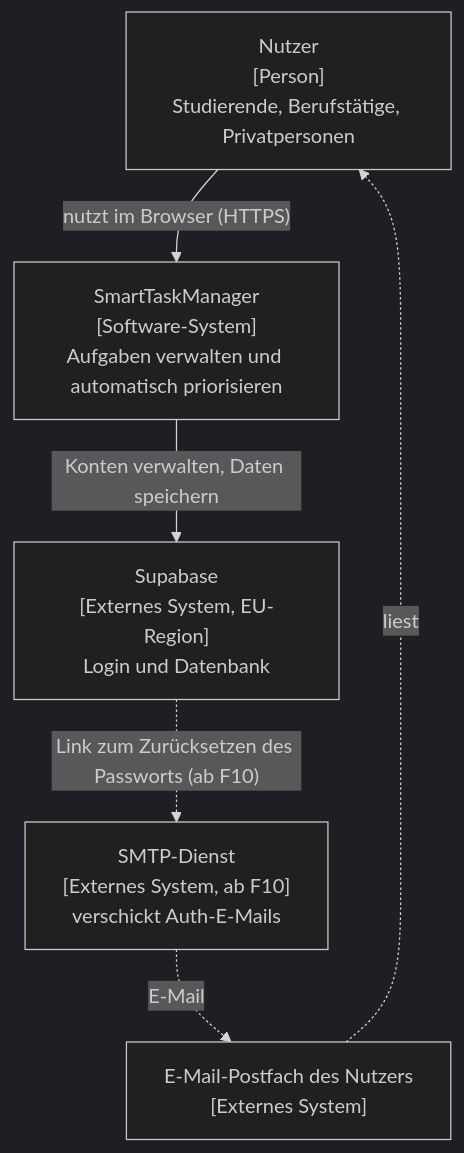
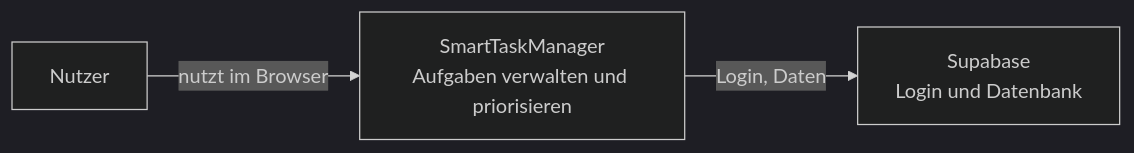
The fourth of 5 diagrams in docs/architecture.md (mahanf01/SmartTaskManager), drawn with Mermaid (dark theme) before and after one commit. The commit also changed other lines of this file and 6 other files, not shown here.

Commit message:
simplify design details and add diagram images

````diff
--- a/docs/architecture.md
+++ b/docs/architecture.md
@@ -175,14 +175,9 @@
 ```mermaid
-flowchart TB
-  user["Nutzer<br/>[Person]<br/>Studierende, Berufstätige, Privatpersonen"]
-  stm["SmartTaskManager<br/>[Software-System]<br/>Aufgaben verwalten und automatisch priorisieren"]
-  supa["Supabase<br/>[Externes System, EU-Region]<br/>Login und Datenbank"]
-  smtp["SMTP-Dienst<br/>[Externes System, ab F10]<br/>verschickt Auth-E-Mails"]
-  mail["E-Mail-Postfach des Nutzers<br/>[Externes System]"]
+flowchart LR
+  user["Nutzer"]
+  stm["SmartTaskManager<br/>Aufgaben verwalten und priorisieren"]
+  supa["Supabase<br/>Login und Datenbank"]
 
-  user -->|"nutzt im Browser (HTTPS)"| stm
-  stm -->|"Konten verwalten, Daten speichern"| supa
-  supa -.->|"Link zum Zurücksetzen des Passworts (ab F10)"| smtp
-  smtp -.->|"E-Mail"| mail
-  mail -.->|"liest"| user
+  user -->|"nutzt im Browser"| stm
+  stm -->|"Login, Daten"| supa
 ```
````
